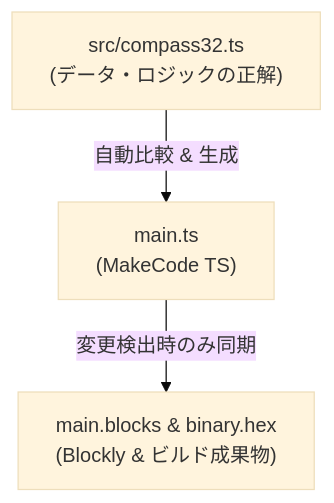
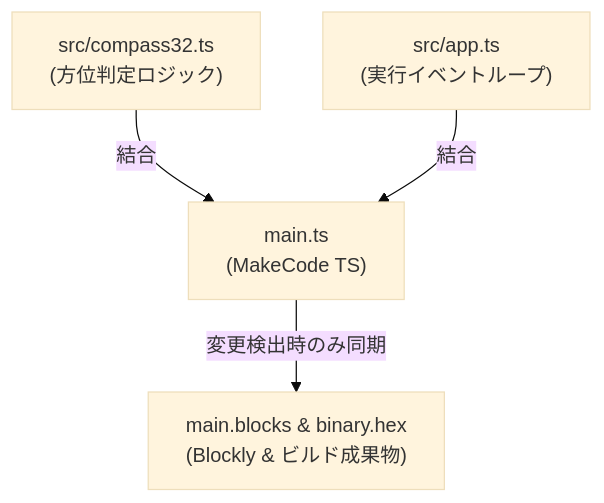
Before and after one commit to katoy/study-microbit-pxt: the diagram in mine/compass32/README.md, drawn with Mermaid (base theme). The commit also changed other lines of this file and 13 other files, not shown here.

Commit message:
refactor(compass32): app.ts を導入し、他のプロジェクトと同様に sync-tool.ts を使用した main.ts / main.blocks の自動同期方式へ移行

````diff
--- a/mine/compass32/README.md
+++ b/mine/compass32/README.md
@@ -123,5 +123,6 @@
 ```mermaid
 graph TD
-    A["src/compass32.ts<br>(データ・ロジックの正解)"] -->|自動比較 & 生成| B["main.ts<br>(MakeCode TS)"]
-    B -->|変更検出時のみ同期| C["main.blocks & binary.hex<br>(Blockly & ビルド成果物)"]
+    A["src/compass32.ts<br>(方位判定ロジック)"] -->|結合| C["main.ts<br>(MakeCode TS)"]
+    B["src/app.ts<br>(実行イベントループ)"] -->|結合| C
+    C -->|変更検出時のみ同期| D["main.blocks & binary.hex<br>(Blockly & ビルド成果物)"]
 ```
````
